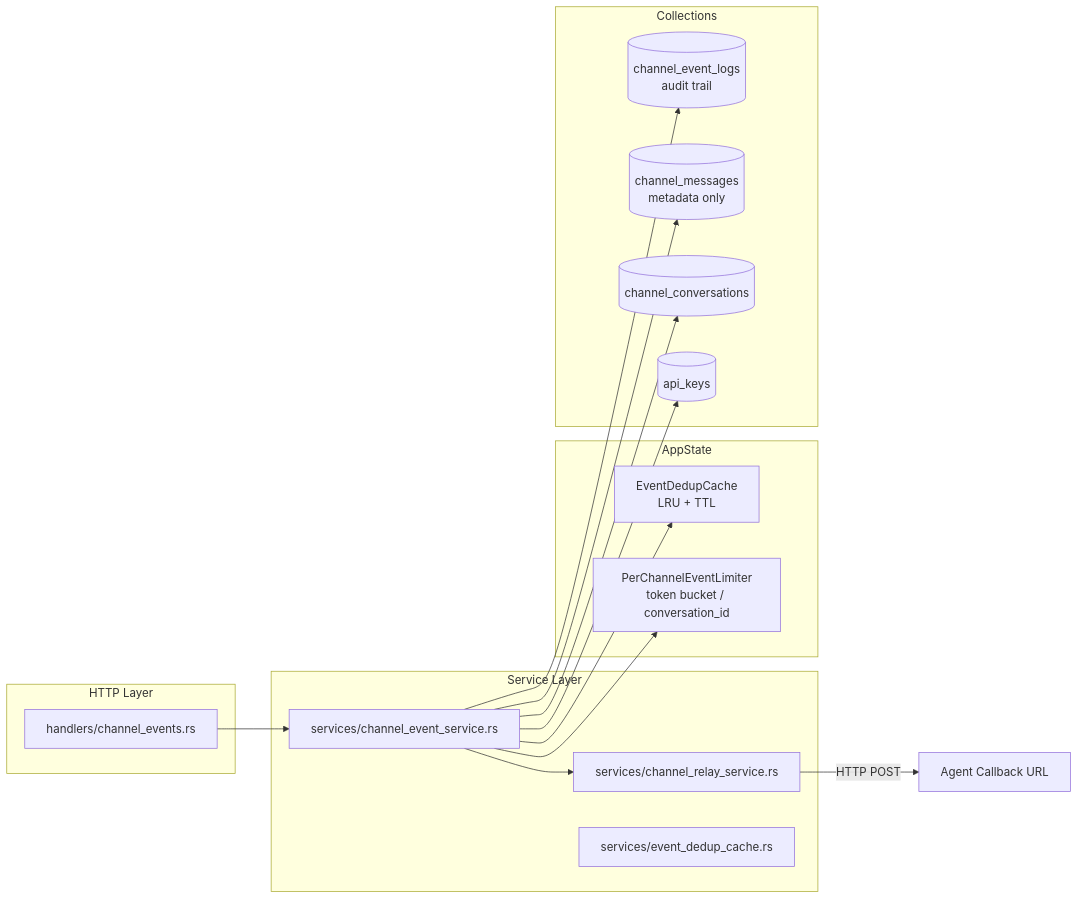
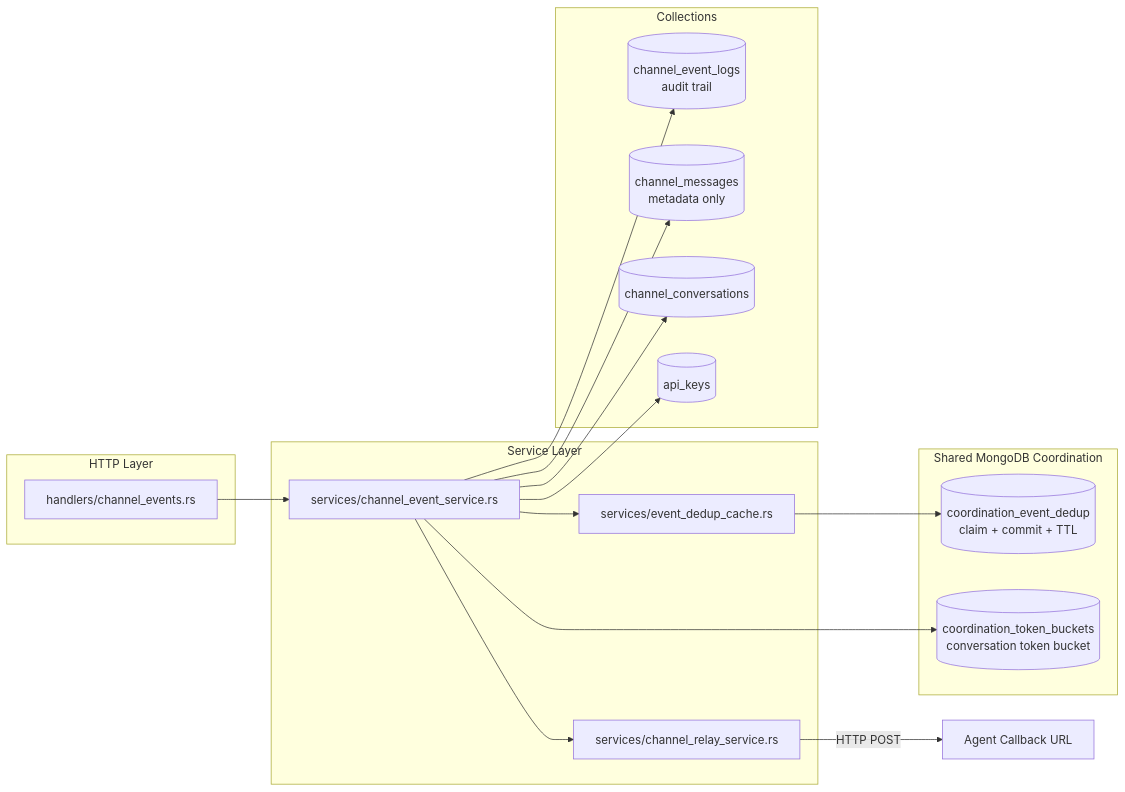
One commit to ChronoAIProject/NyxID changed the third of 3 diagrams in docs/CHANNEL_EVENT_GATEWAY.md. Above: the diagram before and after it, drawn with Mermaid. The commit also changed other lines of this file and 14 other files, not shown here.

Commit message:
fix: fence shared coordination lifecycles

````diff
--- a/docs/CHANNEL_EVENT_GATEWAY.md
+++ b/docs/CHANNEL_EVENT_GATEWAY.md
@@ -109,34 +111,35 @@
 ```mermaid
 flowchart LR
     subgraph HTTP["HTTP Layer"]
         H[handlers/channel_events.rs]
     end
 
     subgraph Services["Service Layer"]
         ES[services/channel_event_service.rs]
         CRS[services/channel_relay_service.rs]
         DED[services/event_dedup_cache.rs]
     end
 
-    subgraph State["AppState"]
-        LRU[EventDedupCache<br/>LRU + TTL]
-        PCL[PerChannelEventLimiter<br/>token bucket / conversation_id]
+    subgraph State["Shared MongoDB Coordination"]
+        DSTORE[(coordination_event_dedup<br/>claim + commit + TTL)]
+        PCL[(coordination_token_buckets<br/>conversation token bucket)]
     end
 
     subgraph Models["Collections"]
         CE[(channel_event_logs<br/>audit trail)]
         CM[(channel_messages<br/>metadata only)]
         CC[(channel_conversations)]
         AK[(api_keys)]
     end
 
     H --> ES
-    ES --> LRU
+    ES --> DED
+    DED --> DSTORE
     ES --> PCL
     ES --> CC
     ES --> AK
     ES --> CM
     ES --> CRS
     ES --> CE
     CRS -->|HTTP POST| Agent[Agent Callback URL]
 ```
````
